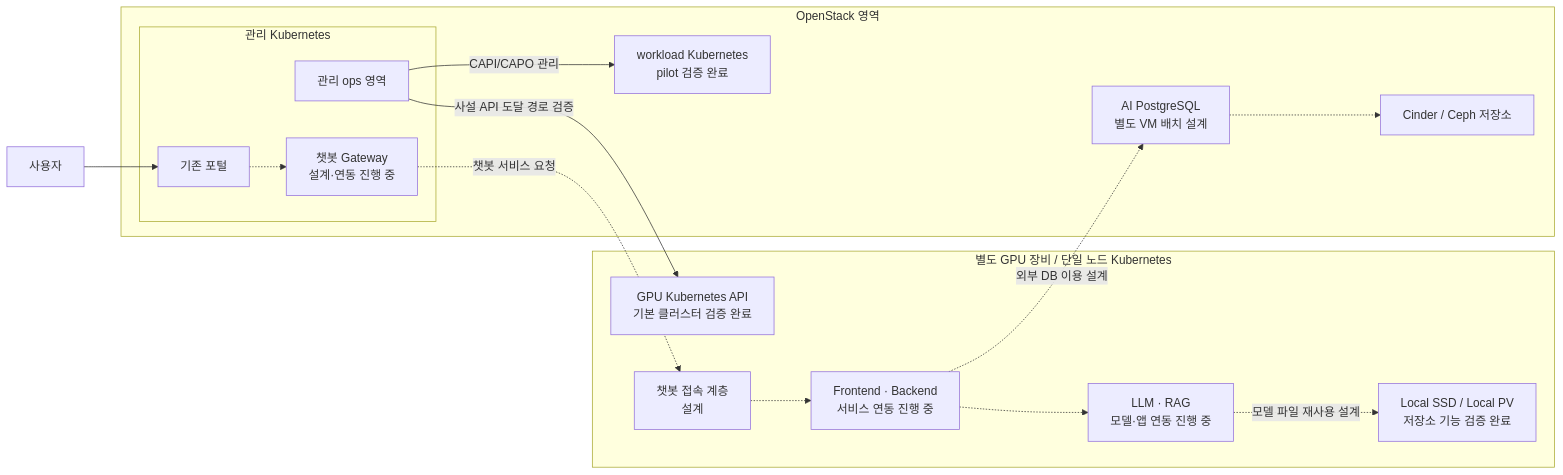
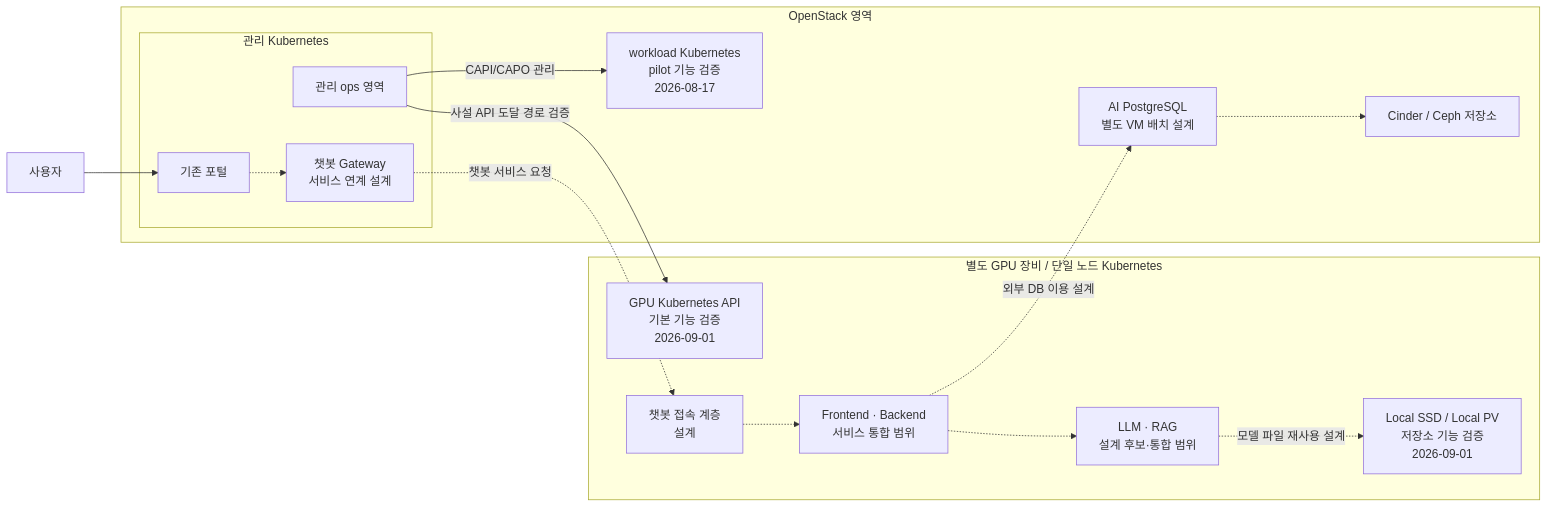
Before and after one commit to seungyeobchoi/portfolio: the diagram in diagrams/03-openstack-kubernetes-gpu.md, drawn with Mermaid. The commit also changed other lines of this file and 9 other files, not shown here.

````diff
--- a/diagrams/03-openstack-kubernetes-gpu.md
+++ b/diagrams/03-openstack-kubernetes-gpu.md
@@ -5,31 +5,31 @@
 ```mermaid
 flowchart LR
     U["사용자"]
     subgraph OS["OpenStack 영역"]
         subgraph MG["관리 Kubernetes"]
             PORTAL["기존 포털"]
             OPS["관리 ops 영역"]
-            GW["챗봇 Gateway<br/>설계·연동 진행 중"]
+            GW["챗봇 Gateway<br/>서비스 연계 설계"]
         end
-        WC["workload Kubernetes<br/>pilot 검증 완료"]
+        WC["workload Kubernetes<br/>pilot 기능 검증<br/>2026-08-17"]
         DB["AI PostgreSQL<br/>별도 VM 배치 설계"]
         VOL["Cinder / Ceph 저장소"]
     end
     subgraph GPU["별도 GPU 장비 / 단일 노드 Kubernetes"]
-        GAPI["GPU Kubernetes API<br/>기본 클러스터 검증 완료"]
+        GAPI["GPU Kubernetes API<br/>기본 기능 검증<br/>2026-09-01"]
         EDGE["챗봇 접속 계층<br/>설계"]
-        APP["Frontend · Backend<br/>서비스 연동 진행 중"]
-        MODEL["LLM · RAG<br/>모델·앱 연동 진행 중"]
-        SSD["Local SSD / Local PV<br/>저장소 기능 검증 완료"]
+        APP["Frontend · Backend<br/>서비스 통합 범위"]
+        MODEL["LLM · RAG<br/>설계 후보·통합 범위"]
+        SSD["Local SSD / Local PV<br/>저장소 기능 검증<br/>2026-09-01"]
     end
     U --> PORTAL
     OPS -->|"CAPI/CAPO 관리"| WC
     OPS -->|"사설 API 도달 경로 검증"| GAPI
     PORTAL -.-> GW
     GW -.->|"챗봇 서비스 요청"| EDGE
     EDGE -.-> APP
     APP -.-> MODEL
     APP -.->|"외부 DB 이용 설계"| DB
     DB -.-> VOL
     MODEL -.->|"모델 파일 재사용 설계"| SSD
 ```
````
